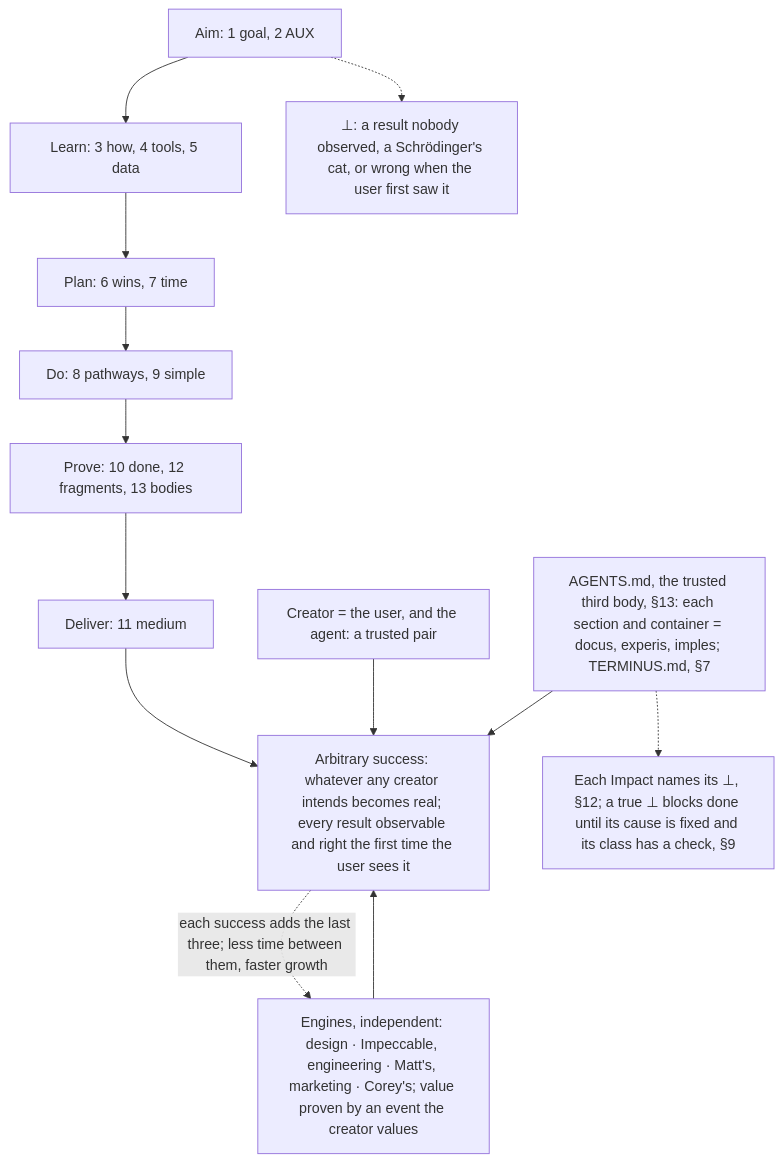
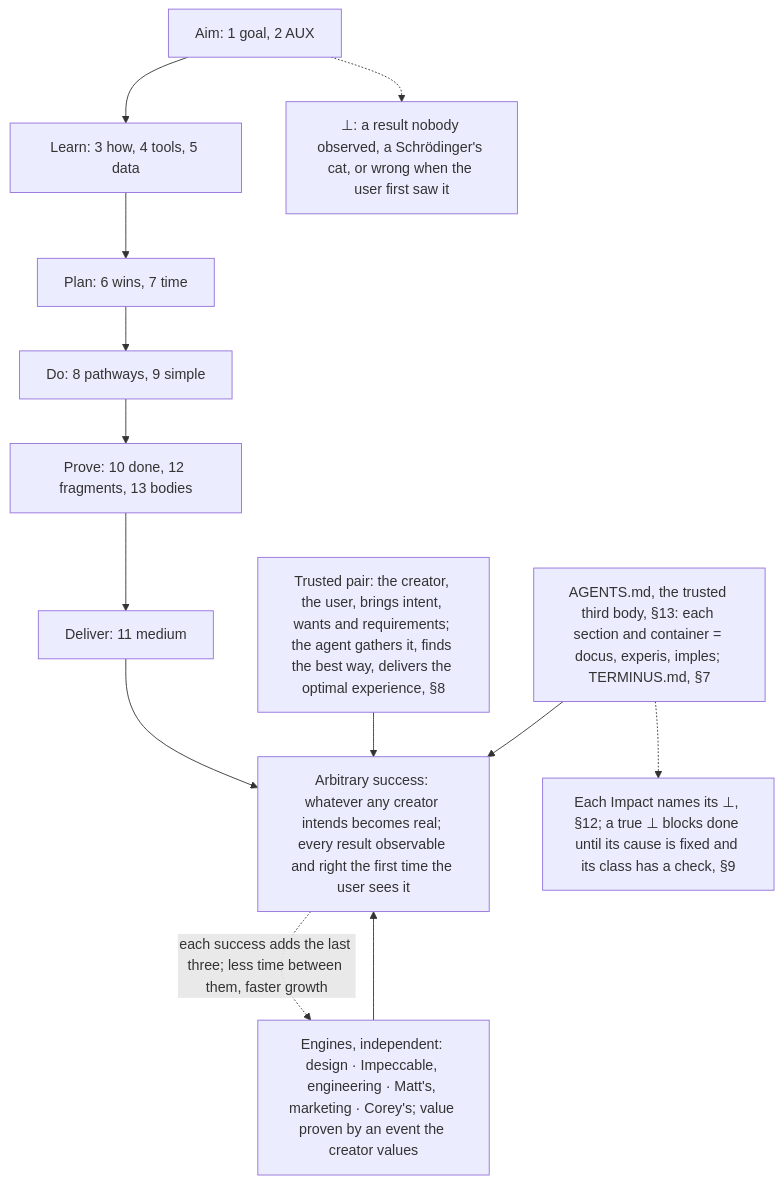
The first of 14 diagrams in AGENTS.md (SolenixAI/arbiter), drawn with Mermaid before and after one commit. The commit also changed other lines of this file, not shown here.

Commit message:
feat(agents): the agent's job in the root: gather the creator's intent, find the best way, deliver the optimal experience

````diff
--- a/AGENTS.md
+++ b/AGENTS.md
@@ -35,10 +36,10 @@
 ```mermaid
 flowchart TD
   A[Aim: 1 goal, 2 AUX] --> L[Learn: 3 how, 4 tools, 5 data] --> P[Plan: 6 wins, 7 time] --> D[Do: 8 pathways, 9 simple] --> V[Prove: 10 done, 12 fragments, 13 bodies] --> O[Deliver: 11 medium] --> S["Arbitrary success: whatever any creator intends becomes real; every result observable and right the first time the user sees it"]
-  CR["Creator = the user, and the agent: a trusted pair"] --> S
+  CR["Trusted pair: the creator, the user, brings intent, wants and requirements; the agent gathers it, finds the best way, delivers the optimal experience, §8"] --> S
   F["AGENTS.md, the trusted third body, §13: each section and container = docus, experis, imples; TERMINUS.md, §7"] --> S
   E["Engines, independent: design · Impeccable, engineering · Matt's, marketing · Corey's; value proven by an event the creator values"] --> S
   S -.->|"each success adds the last three; less time between them, faster growth"| E
   F -.-> BI["Each Impact names its ⊥, §12; a true ⊥ blocks done until its cause is fixed and its class has a check, §9"]
   A -.-> BOT["⊥: a result nobody observed, a Schrödinger's cat, or wrong when the user first saw it"]
 ```
````
